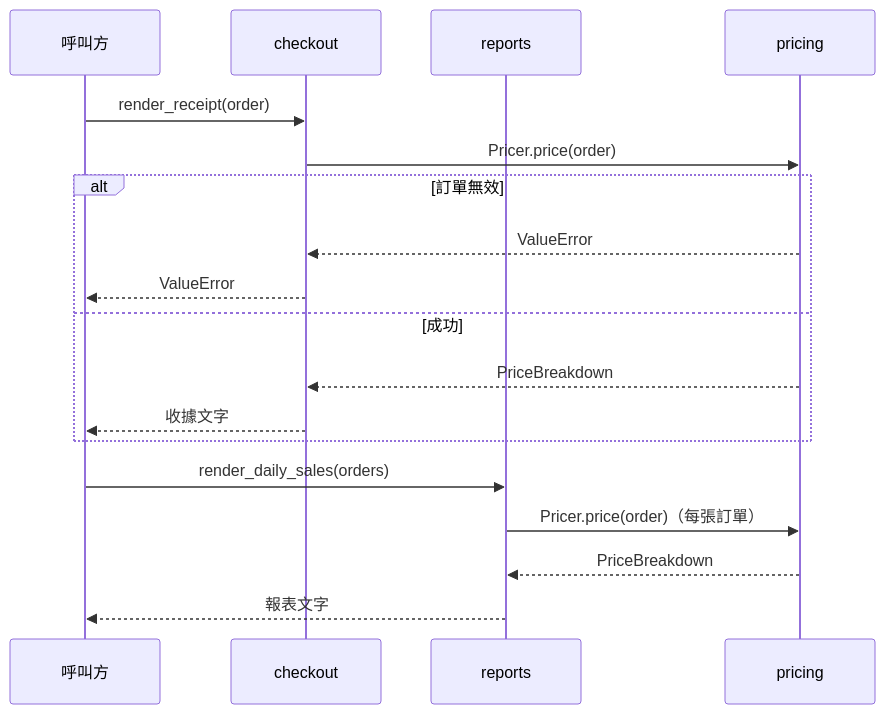
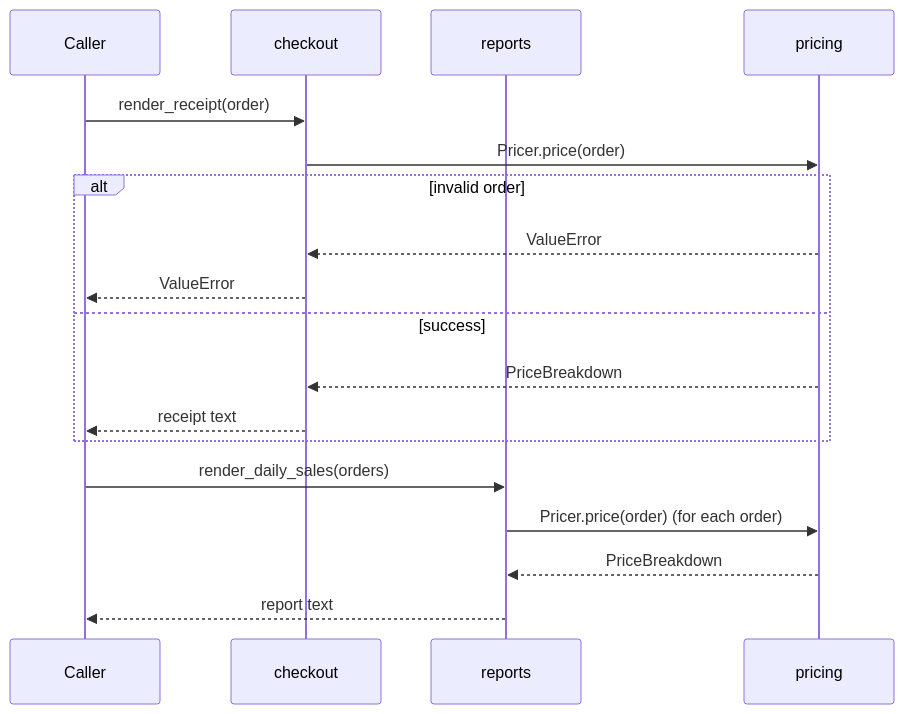
Before and after one commit to IcarusSO/diagram-driven-coding: the second of 2 diagrams in demo/ARCHITECTURE.md, drawn with Mermaid. The commit also changed other lines of this file and 12 other files, not shown here.

Commit message:
Skill and demo docs in English; clarify stale-diagram rule, caller search, value classes and trigger

````diff
--- a/demo/ARCHITECTURE.md
+++ b/demo/ARCHITECTURE.md
@@ -27,20 +27,20 @@
 ```mermaid
 sequenceDiagram
-    participant Shop as 呼叫方
+    participant Shop as Caller
     participant checkout
     participant reports
     participant pricing
     Shop->>checkout: render_receipt(order)
     checkout->>pricing: Pricer.price(order)
-    alt 訂單無效
+    alt invalid order
         pricing-->>checkout: ValueError
         checkout-->>Shop: ValueError
-    else 成功
+    else success
         pricing-->>checkout: PriceBreakdown
-        checkout-->>Shop: 收據文字
+        checkout-->>Shop: receipt text
     end
     Shop->>reports: render_daily_sales(orders)
-    reports->>pricing: Pricer.price(order)（每張訂單）
+    reports->>pricing: Pricer.price(order) (for each order)
     pricing-->>reports: PriceBreakdown
-    reports-->>Shop: 報表文字
+    reports-->>Shop: report text
 ```
````
